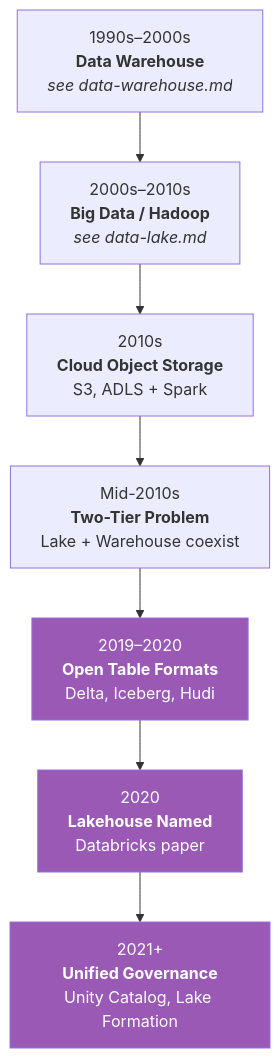
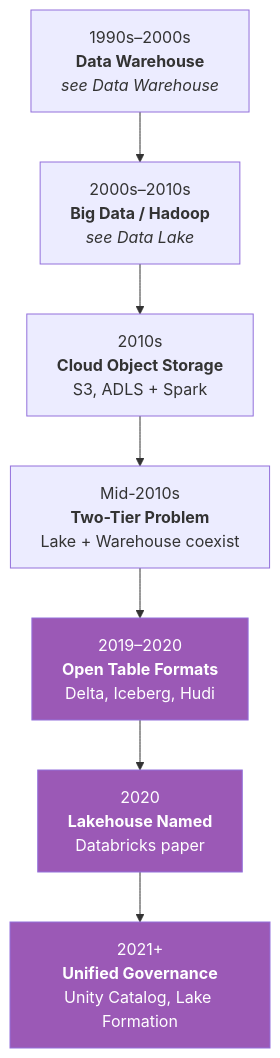
The second of 8 diagrams in data-architecture/data-lakehouse.md (adnanrahin/adnanrahin.github.io), drawn with Mermaid before and after one commit. The commit also changed other lines of this file and 6 other files, not shown here.

Commit message:
updated the flowchart

````diff
--- a/data-architecture/data-lakehouse.md
+++ b/data-architecture/data-lakehouse.md
@@ -91,16 +91,16 @@
 ```mermaid
 flowchart TD
-    S1["1990s–2000s<br/><b>Data Warehouse</b><br/><i>see data-warehouse.md</i>"]
-    S2["2000s–2010s<br/><b>Big Data / Hadoop</b><br/><i>see data-lake.md</i>"]
+    S1["1990s–2000s<br/><b>Data Warehouse</b><br/><i>see Data Warehouse</i>"]
+    S2["2000s–2010s<br/><b>Big Data / Hadoop</b><br/><i>see Data Lake</i>"]
     S3["2010s<br/><b>Cloud Object Storage</b><br/>S3, ADLS + Spark"]
     S4["Mid-2010s<br/><b>Two-Tier Problem</b><br/>Lake + Warehouse coexist"]
     S5["2019–2020<br/><b>Open Table Formats</b><br/>Delta, Iceberg, Hudi"]
     S6["2020<br/><b>Lakehouse Named</b><br/>Databricks paper"]
     S7["2021+<br/><b>Unified Governance</b><br/>Unity Catalog, Lake Formation"]
 
     S1 --> S2 --> S3 --> S4 --> S5 --> S6 --> S7
 
     style S5 fill:#9B59B6,color:#fff
     style S6 fill:#9B59B6,color:#fff
     style S7 fill:#9B59B6,color:#fff
 ```
````
